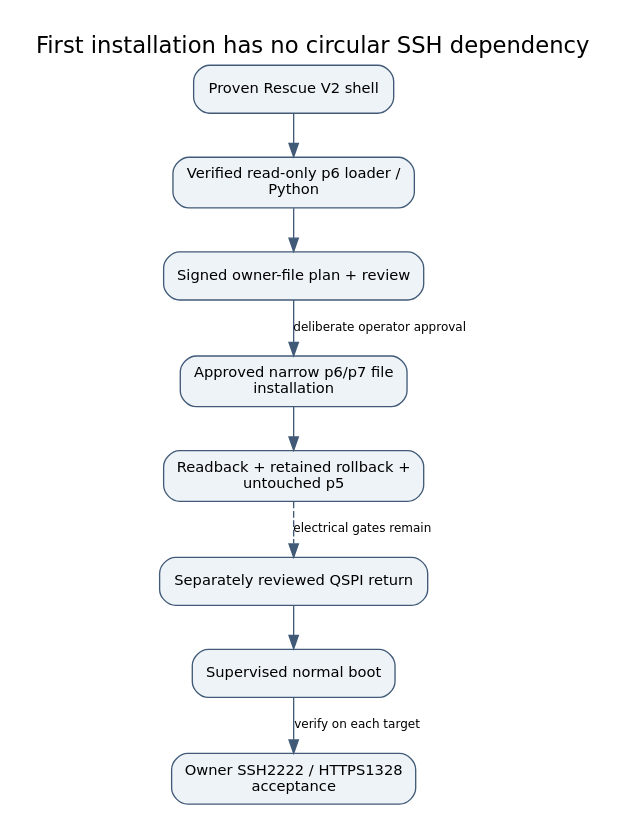
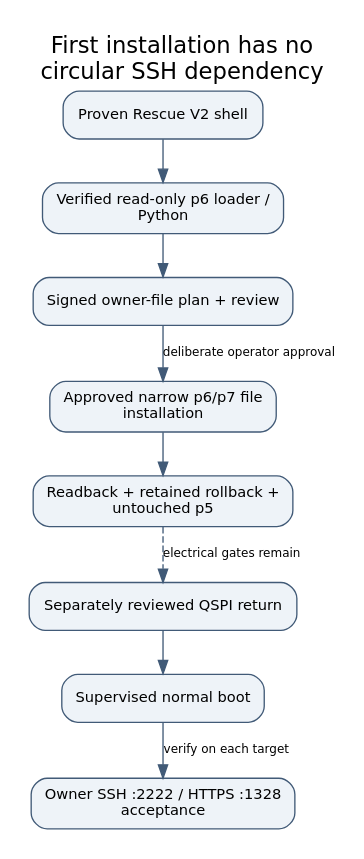
One commit to Zimbo88/form3-owner-root-source changed the diagram in docs/figures/06-rescue-normal.dot. Above: the diagram before and after it, drawn with Graphviz. The commit also changed 69 other files, not shown here.

```diff
--- a/docs/figures/06-rescue-normal.dot
+++ b/docs/figures/06-rescue-normal.dot
@@ -1,20 +1,20 @@
 digraph G {
-graph [rankdir=TB,bgcolor="white",pad="0.2",nodesep="0.35",ranksep="0.45",label="First installation has no circular SSH dependency",labelloc=t,fontname="DejaVu Sans",fontsize=17];
+graph [rankdir=TB,bgcolor="white",pad="0.2",nodesep="0.35",ranksep="0.45",label="First installation has no\ncircular SSH dependency",labelloc=t,fontname="DejaVu Sans",fontsize=17];
 node [shape=box,style="rounded,filled",fillcolor="#eef3f8",color="#415a77",fontname="DejaVu Sans",fontsize=11,margin="0.14,0.1"];
 edge [color="#415a77",fontname="DejaVu Sans",fontsize=9];
 r [label="Proven Rescue V2 shell"];
 runtime [label="Verified read-only p6 loader /\nPython"];
 plan [label="Signed owner-file plan + review"];
 write [label="Approved narrow p6/p7 file\ninstallation"];
 readback [label="Readback + retained rollback +\nuntouched p5"];
 qspi [label="Separately reviewed QSPI return"];
 normal [label="Supervised normal boot"];
-access [label="Owner SSH2222 / HTTPS1328\nacceptance"];
+access [label="Owner SSH :2222 / HTTPS :1328\nacceptance"];
 r -> runtime [label=""];
 runtime -> plan [label=""];
 plan -> write [label="deliberate operator approval"];
 write -> readback [label=""];
 readback -> qspi [label="electrical gates remain",style=dashed];
 qspi -> normal [label=""];
 normal -> access [label="verify on each target"];
 }
```
